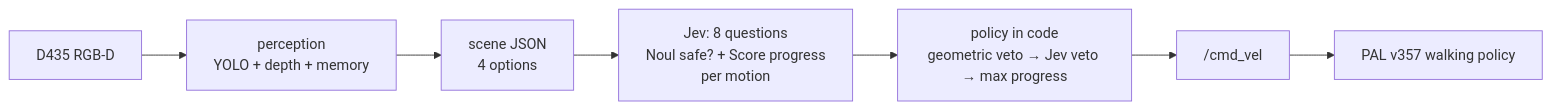
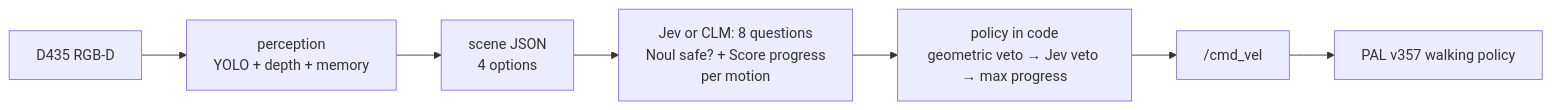
Before and after one commit to OscarMrZ/kangaroo-jev: the diagram in REPORT.md, drawn with Mermaid. The commit also changed other lines of this file and 15 other files, not shown here.

First line of the commit message:
Compare CLM-8B: same questions and policy through its TypeSafe-compatible API

````diff
--- a/REPORT.md
+++ b/REPORT.md
@@ -39,8 +45,8 @@
 ```mermaid
 flowchart LR
     cam["D435 RGB-D"] --> per["perception<br/>YOLO + depth + memory"]
     per --> scene["scene JSON<br/>4 options"]
-    scene --> jev["Jev: 8 questions<br/>Noul safe? + Score progress<br/>per motion"]
+    scene --> jev["Jev or CLM: 8 questions<br/>Noul safe? + Score progress<br/>per motion"]
     jev --> pol["policy in code<br/>geometric veto → Jev veto → max progress"]
     pol --> cmd["/cmd_vel"] --> loco["PAL v357 walking policy"]
 ```
````
